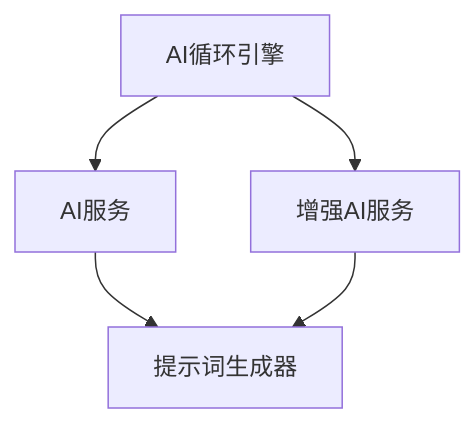
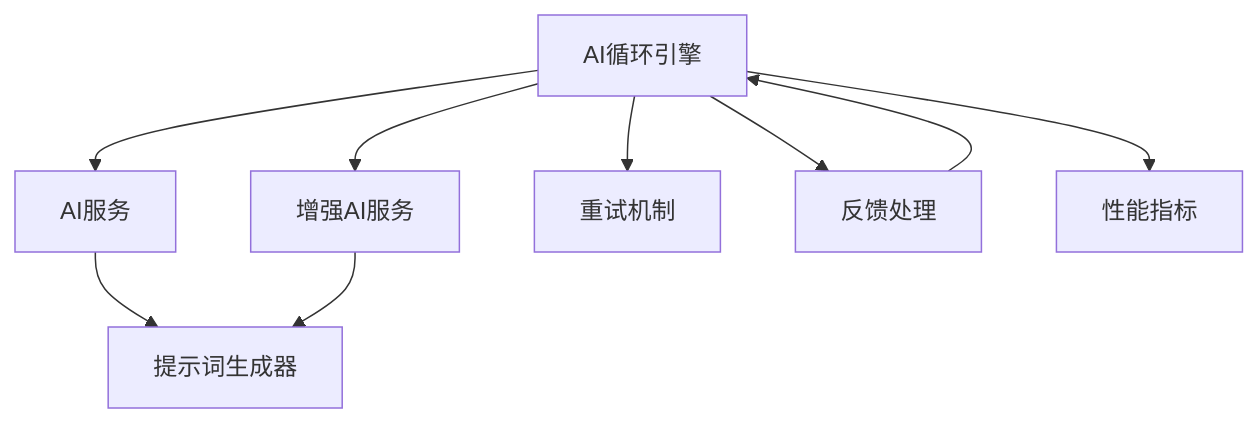
Before and after one commit to Apangwyz/ai-test-agent: the second of 11 diagrams in ai-test-agent/docs/architecture/ARCHITECTURE.md, drawn with Mermaid. The commit also changed other lines of this file and 115 other files, not shown here.

````diff
--- a/ai-test-agent/docs/architecture/ARCHITECTURE.md
+++ b/ai-test-agent/docs/architecture/ARCHITECTURE.md
@@ -28,7 +28,11 @@
 ```mermaid
 graph TD
     AILoop[AI循环引擎] --> AIService[AI服务]
     AILoop --> EnhancedAIService[增强AI服务]
+    AILoop --> Retry[重试机制]
+    AILoop --> Feedback[反馈处理]
+    AILoop --> Metrics[性能指标]
     AIService --> PromptGen[提示词生成器]
     EnhancedAIService --> PromptGen
+    Feedback --> AILoop
 ```
````
